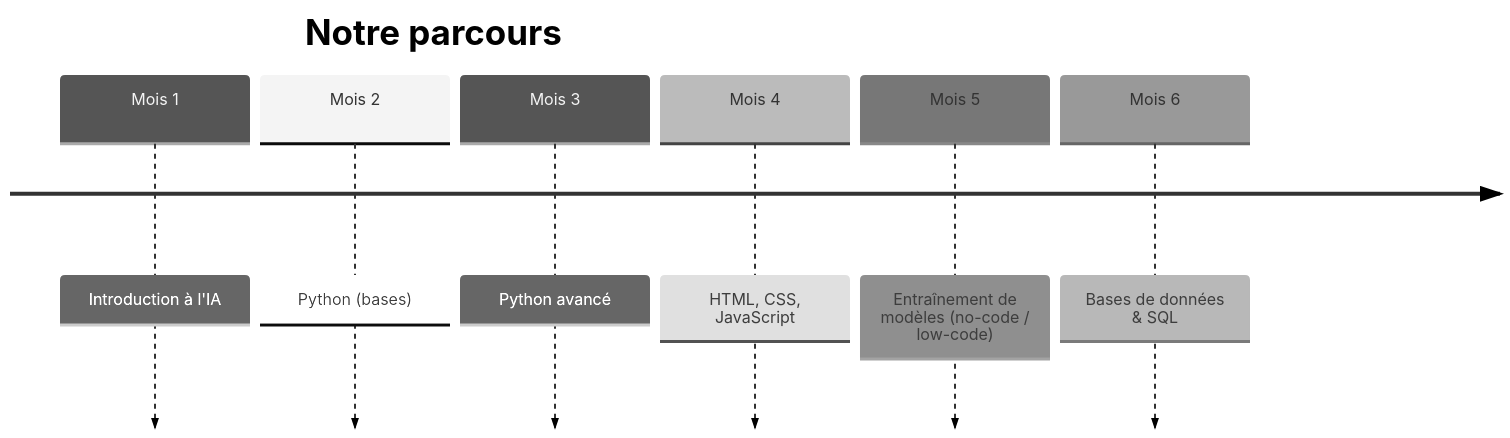
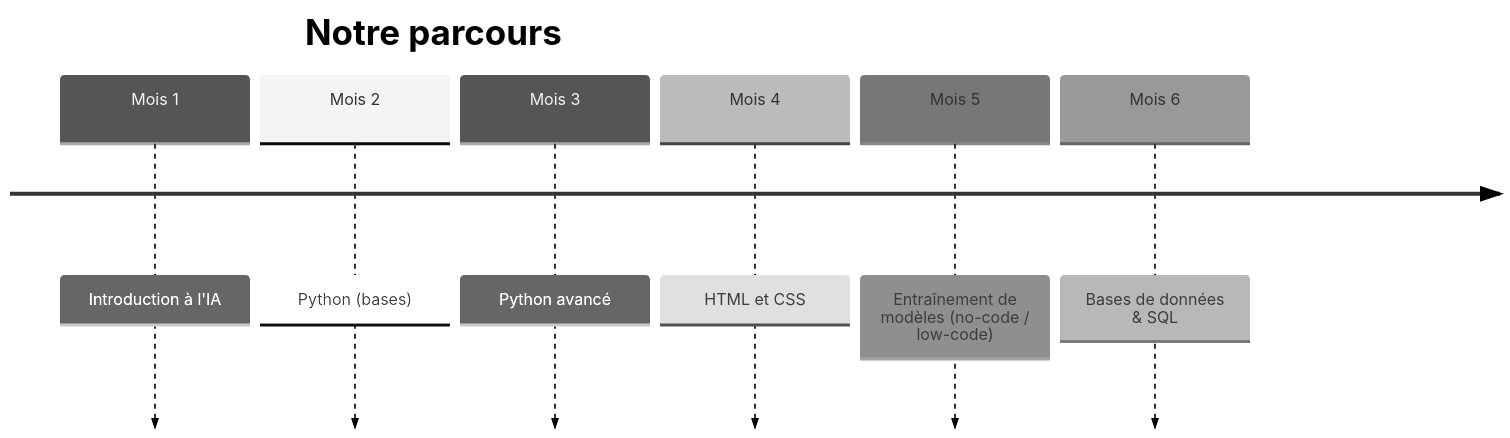
Before and after one commit to monirelouarroudi-cmd/V1: the first of 8 diagrams in README.md, drawn with Mermaid (neutral theme). The commit also changed other lines of this file, not shown here.

````diff
--- a/README.md
+++ b/README.md
@@ -27,10 +27,10 @@
 ```mermaid
 timeline
     title Notre parcours
     Mois 1 : Introduction à l'IA
     Mois 2 : Python (bases)
     Mois 3 : Python avancé
-    Mois 4 : HTML, CSS, JavaScript
+    Mois 4 : HTML et CSS
     Mois 5 : Entraînement de modèles (no-code / low-code)
     Mois 6 : Bases de données & SQL
 ```
````
